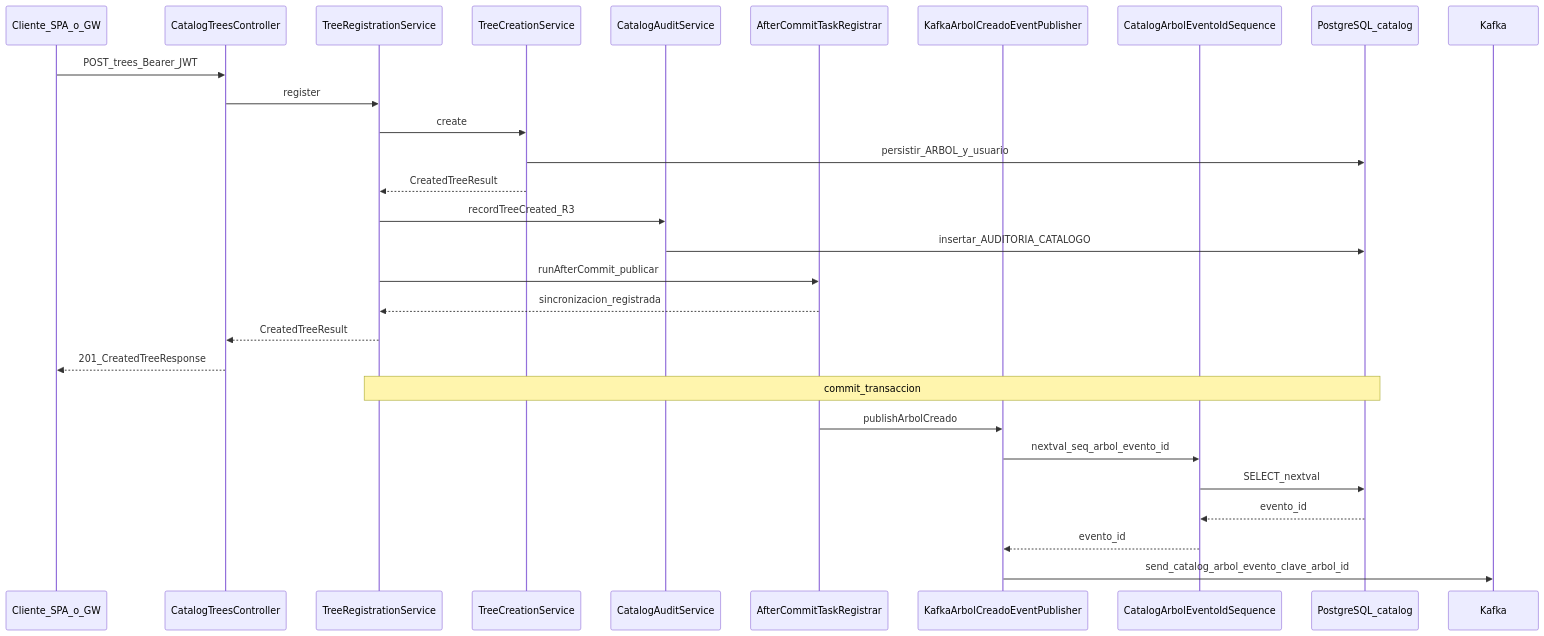
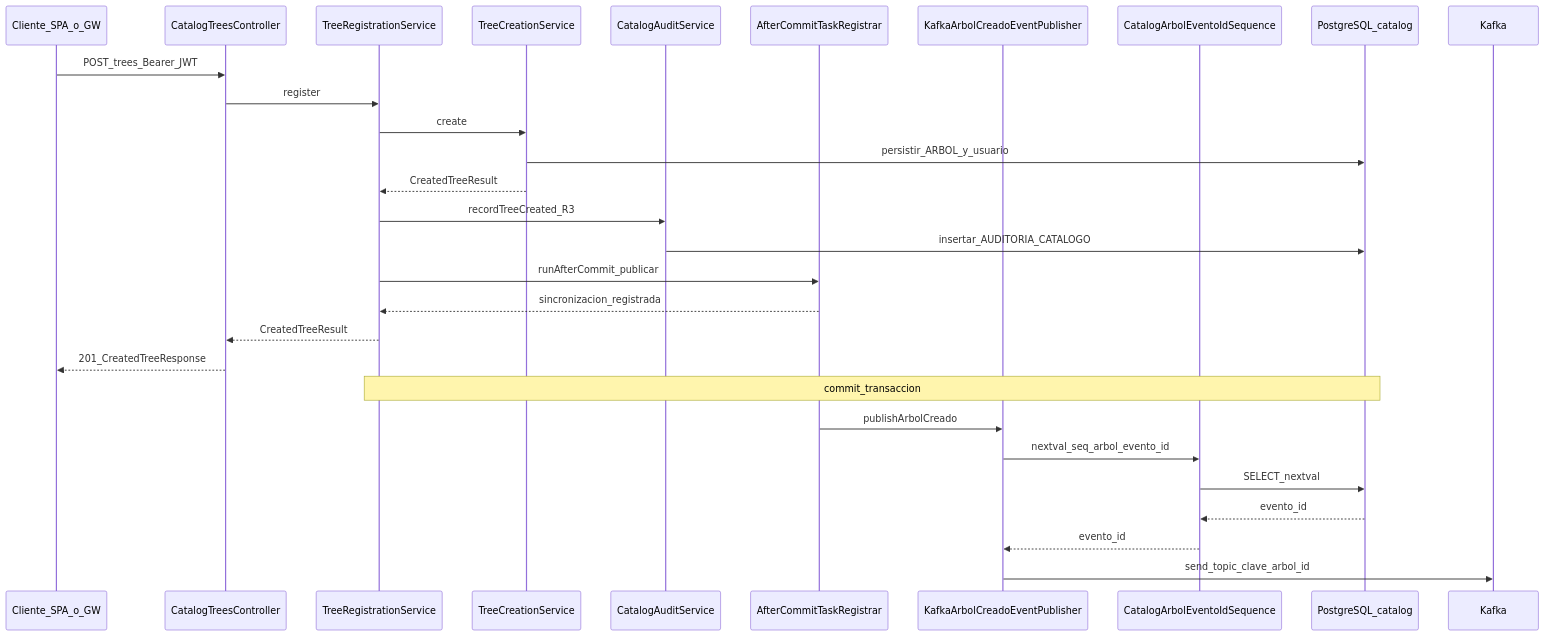
Before and after one commit to LIDR-academy/AI4Devs-finalproject: the ninth of 20 diagrams in readme.md, drawn with Mermaid. The commit also changed other lines of this file, not shown here.

````diff
--- a/readme.md
+++ b/readme.md
@@ -615,33 +640,33 @@
 ```mermaid
 sequenceDiagram
   participant Client as Cliente_SPA_o_GW
   participant Ctrl as CatalogTreesController
   participant Reg as TreeRegistrationService
   participant Cre as TreeCreationService
   participant Aud as CatalogAuditService
   participant Tx as AfterCommitTaskRegistrar
   participant Pub as KafkaArbolCreadoEventPublisher
   participant Seq as CatalogArbolEventoIdSequence
   participant PG as PostgreSQL_catalog
   participant KB as Kafka
 
   Client->>Ctrl: POST_trees_Bearer_JWT
   Ctrl->>Reg: register
   Reg->>Cre: create
   Cre->>PG: persistir_ARBOL_y_usuario
   Cre-->>Reg: CreatedTreeResult
   Reg->>Aud: recordTreeCreated_R3
   Aud->>PG: insertar_AUDITORIA_CATALOGO
   Reg->>Tx: runAfterCommit_publicar
   Tx-->>Reg: sincronizacion_registrada
   Reg-->>Ctrl: CreatedTreeResult
   Ctrl-->>Client: 201_CreatedTreeResponse
 
   Note over Reg,PG: commit_transaccion
   Tx->>Pub: publishArbolCreado
   Pub->>Seq: nextval_seq_arbol_evento_id
   Seq->>PG: SELECT_nextval
   PG-->>Seq: evento_id
   Seq-->>Pub: evento_id
-  Pub->>KB: send_catalog_arbol_evento_clave_arbol_id
+  Pub->>KB: send_topic_clave_arbol_id
 ```
````
